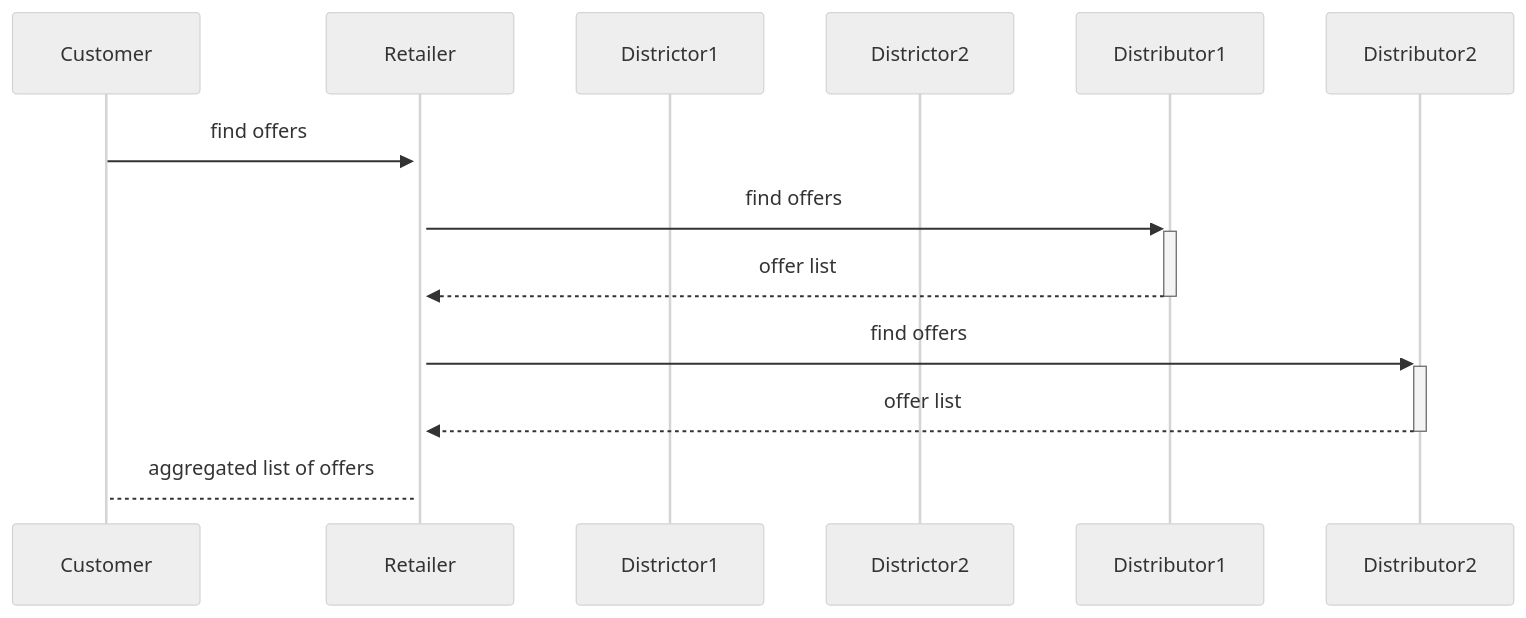
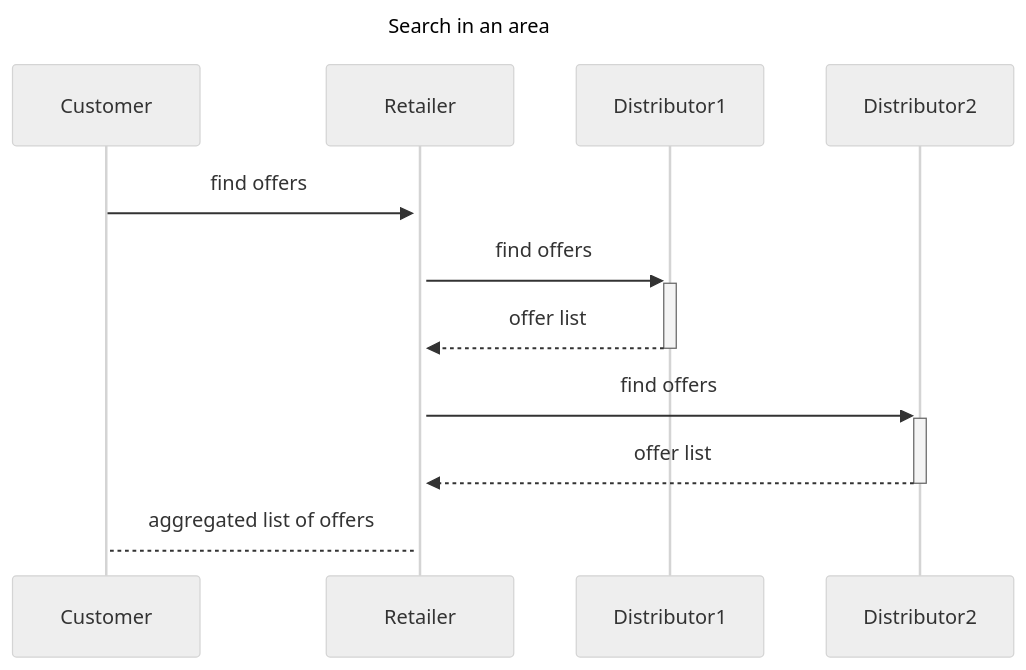
One commit to TransmodelEcosystem/EUDIT changed the third of 3 diagrams in wiki/use-cases/business-use-cases/BUC-K-asset-based-offer-search.md. Above: the diagram before and after it, drawn with Mermaid (neutral theme). The commit also changed other lines of this file, not shown here.

Commit message:
Added Sequence diagrams

````diff
--- a/wiki/use-cases/business-use-cases/BUC-K-asset-based-offer-search.md
+++ b/wiki/use-cases/business-use-cases/BUC-K-asset-based-offer-search.md
@@ -107,14 +133,15 @@
 ```mermaid
 sequenceDiagram
+    title Search in an area
     participant Customer
     participant Retailer
-    participant Districtor1
-    participant Districtor2
+    participant Distributor1
+    participant Distributor2
   
     Customer->>+Retailer: find offers
     Retailer->>+Distributor1: find offers
     Distributor1-->>-Retailer: offer list
     Retailer->>+Distributor2: find offers
     Distributor2-->>-Retailer: offer list
     Retailer-->Customer: aggregated list of offers
 ```
````
